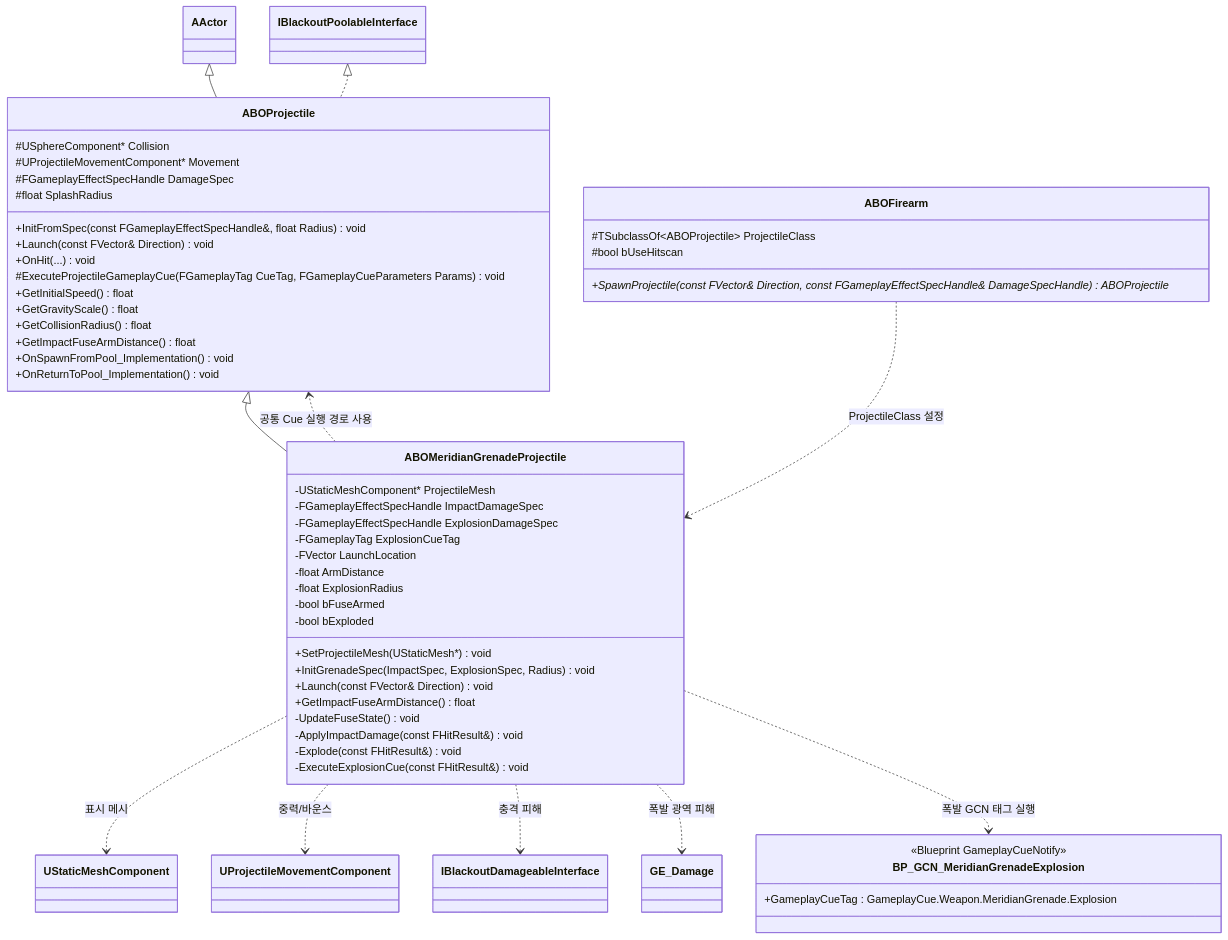
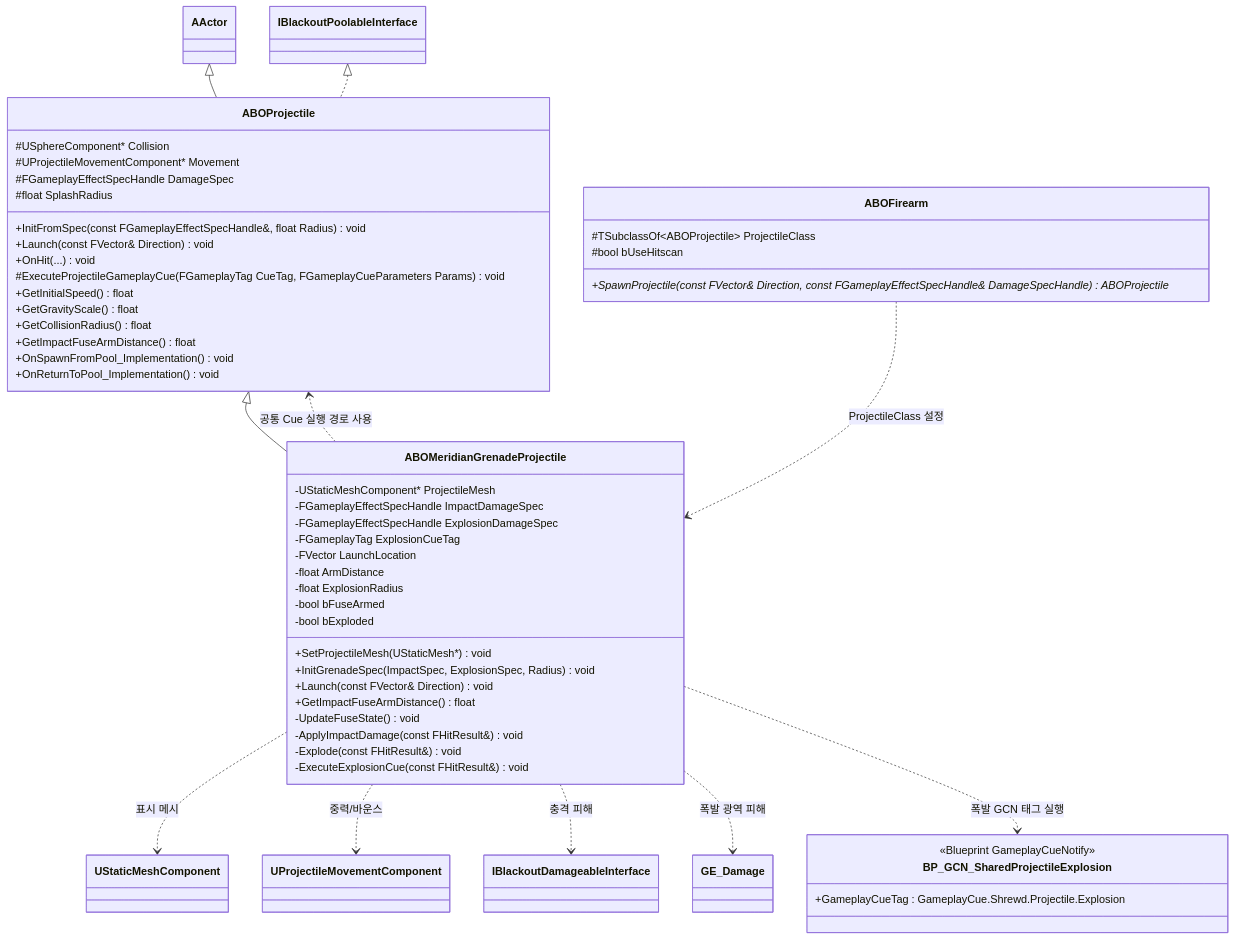
The diagram in Docs/Combat/08_Meridian_Grenade_Projectile.md (seongwon1579/ProjectBlackout), drawn with Mermaid before and after one commit. The commit also changed other lines of this file and 5 other files, not shown here.

````diff
--- a/Docs/Combat/08_Meridian_Grenade_Projectile.md
+++ b/Docs/Combat/08_Meridian_Grenade_Projectile.md
@@ -5,65 +5,65 @@
 ```mermaid
 classDiagram
     direction TB
 
     AActor <|-- ABOProjectile
     ABOProjectile <|-- ABOMeridianGrenadeProjectile
 
     IBlackoutPoolableInterface <|.. ABOProjectile
 
     class ABOFirearm {
         #TSubclassOf~ABOProjectile~ ProjectileClass
         #bool bUseHitscan
         +SpawnProjectile(const FVector& Direction, const FGameplayEffectSpecHandle& DamageSpecHandle) ABOProjectile*
     }
 
     class ABOProjectile {
         #USphereComponent* Collision
         #UProjectileMovementComponent* Movement
         #FGameplayEffectSpecHandle DamageSpec
         #float SplashRadius
         +InitFromSpec(const FGameplayEffectSpecHandle&, float Radius) void
         +Launch(const FVector& Direction) void
         +OnHit(...) void
         #ExecuteProjectileGameplayCue(FGameplayTag CueTag, FGameplayCueParameters Params) void
         +GetInitialSpeed() float
         +GetGravityScale() float
         +GetCollisionRadius() float
         +GetImpactFuseArmDistance() float
         +OnSpawnFromPool_Implementation() void
         +OnReturnToPool_Implementation() void
     }
 
     class ABOMeridianGrenadeProjectile {
         -UStaticMeshComponent* ProjectileMesh
         -FGameplayEffectSpecHandle ImpactDamageSpec
         -FGameplayEffectSpecHandle ExplosionDamageSpec
         -FGameplayTag ExplosionCueTag
         -FVector LaunchLocation
         -float ArmDistance
         -float ExplosionRadius
         -bool bFuseArmed
         -bool bExploded
         +SetProjectileMesh(UStaticMesh*) void
         +InitGrenadeSpec(ImpactSpec, ExplosionSpec, Radius) void
         +Launch(const FVector& Direction) void
         +GetImpactFuseArmDistance() float
         -UpdateFuseState() void
         -ApplyImpactDamage(const FHitResult&) void
         -Explode(const FHitResult&) void
         -ExecuteExplosionCue(const FHitResult&) void
     }
 
-    class BP_GCN_MeridianGrenadeExplosion {
+    class BP_GCN_SharedProjectileExplosion {
         <<Blueprint GameplayCueNotify>>
-        +GameplayCueTag : GameplayCue.Weapon.MeridianGrenade.Explosion
+        +GameplayCueTag : GameplayCue.Shrewd.Projectile.Explosion
     }
 
     ABOFirearm ..> ABOMeridianGrenadeProjectile : ProjectileClass 설정
     ABOMeridianGrenadeProjectile ..> UStaticMeshComponent : 표시 메시
     ABOMeridianGrenadeProjectile ..> UProjectileMovementComponent : 중력/바운스
     ABOMeridianGrenadeProjectile ..> IBlackoutDamageableInterface : 충격 피해
     ABOMeridianGrenadeProjectile ..> GE_Damage : 폭발 광역 피해
     ABOMeridianGrenadeProjectile ..> ABOProjectile : 공통 Cue 실행 경로 사용
-    ABOMeridianGrenadeProjectile ..> BP_GCN_MeridianGrenadeExplosion : 폭발 GCN 태그 실행
+    ABOMeridianGrenadeProjectile ..> BP_GCN_SharedProjectileExplosion : 폭발 GCN 태그 실행
 ```
````
